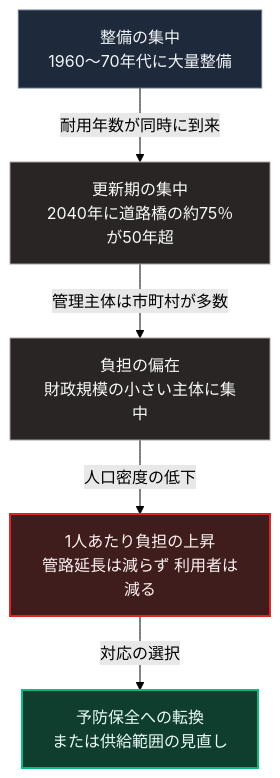
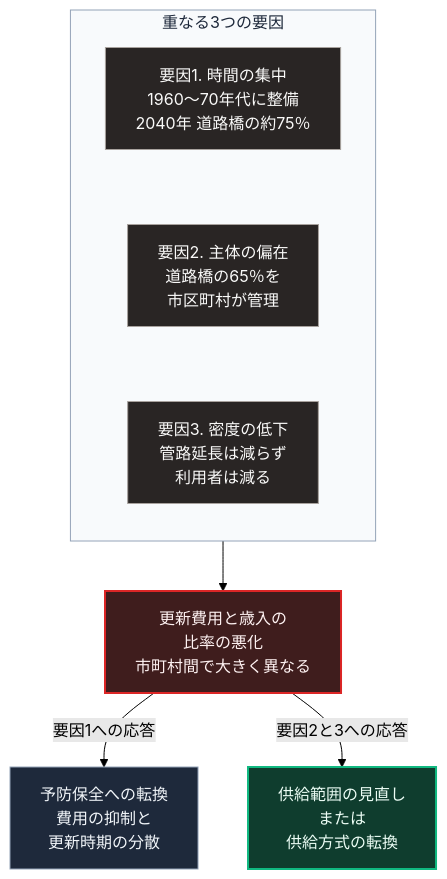
One commit to Takenori-Kusaka/zenn-content changed the diagram in books/sovereign-resilience-blueprint/38_infrastructure-disinvestment-paradox.md. Above: the diagram before and after it, drawn with Mermaid (forest theme). The commit also changed other lines of this file and 114 other files, not shown here.

````diff
--- a/books/sovereign-resilience-blueprint/38_infrastructure-disinvestment-paradox.md
+++ b/books/sovereign-resilience-blueprint/38_infrastructure-disinvestment-paradox.md
@@ -54,14 +54,19 @@
 ```mermaid
 flowchart TD
-    A[整備の集中<br>1960〜70年代に大量整備]
-    A -->|耐用年数が同時に到来| B[更新期の集中<br>2040年に道路橋の約75％が50年超]
-    B -->|管理主体は市町村が多数| C[負担の偏在<br>財政規模の小さい主体に集中]
-    C -->|人口密度の低下| D[1人あたり負担の上昇<br>管路延長は減らず 利用者は減る]
-    D -->|対応の選択| E[予防保全への転換<br>または供給範囲の見直し]
+    subgraph G[重なる3つの要因]
+        direction TB
+        A[要因1. 時間の集中<br>1960〜70年代に整備<br>2040年 道路橋の約75％] ~~~ B[要因2. 主体の偏在<br>道路橋の65％を<br>市区町村が管理]
+        B ~~~ C[要因3. 密度の低下<br>管路延長は減らず<br>利用者は減る]
+    end
+    G --> X[更新費用と歳入の<br>比率の悪化<br>市町村間で大きく異なる]
+    X -->|要因1への応答| E1[予防保全への転換<br>費用の抑制と<br>更新時期の分散]
+    X -->|要因2と3への応答| E2[供給範囲の見直し<br>または<br>供給方式の転換]
 
-    style A fill:#1e293b,stroke:#64748b,color:#f1f5f9
+    style A fill:#292524,stroke:#a8a29e,color:#fafaf9
     style B fill:#292524,stroke:#a8a29e,color:#fafaf9
     style C fill:#292524,stroke:#a8a29e,color:#fafaf9
-    style D fill:#3f1d1d,stroke:#dc2626,stroke-width:2px,color:#fef2f2
-    style E fill:#0f3d2e,stroke:#10b981,stroke-width:2px,color:#ecfdf5
+    style X fill:#3f1d1d,stroke:#dc2626,stroke-width:2px,color:#fef2f2
+    style E1 fill:#1e293b,stroke:#94a3b8,color:#f1f5f9
+    style E2 fill:#0f3d2e,stroke:#10b981,stroke-width:2px,color:#ecfdf5
+    style G fill:#f8fafc,stroke:#94a3b8,color:#1e293b
 ```
````
